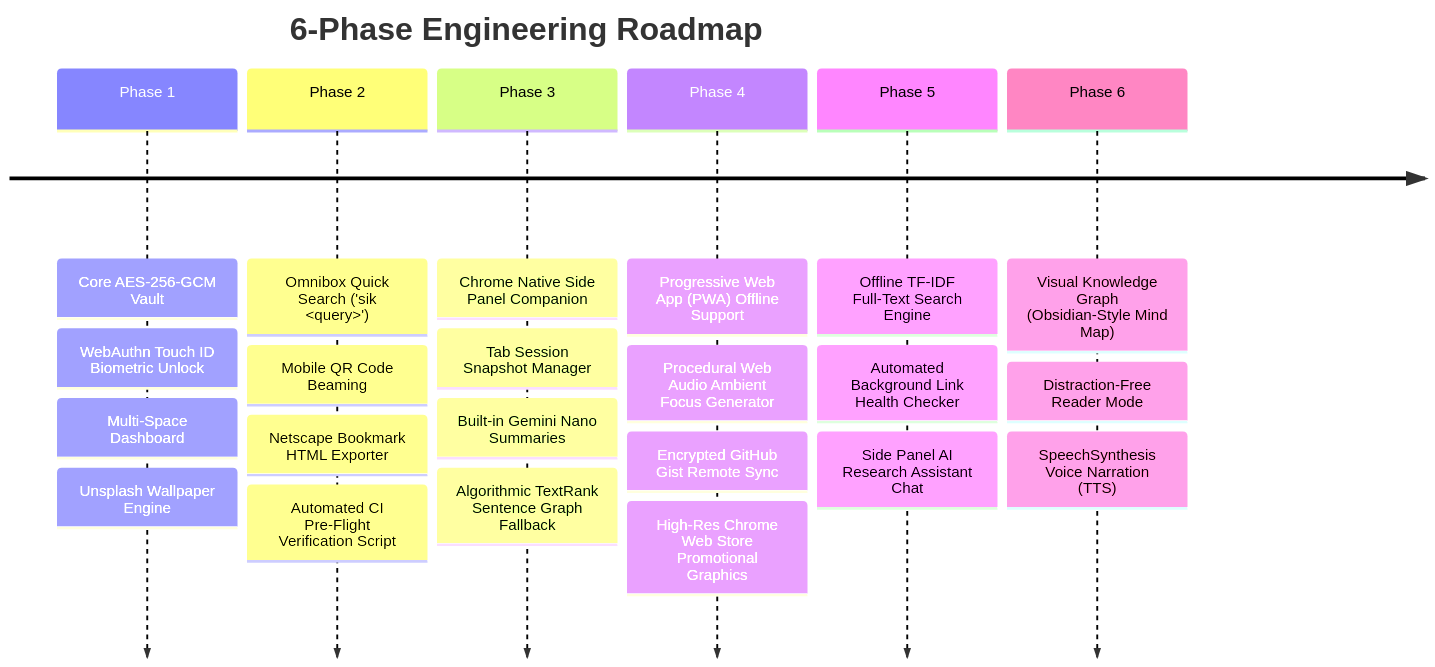
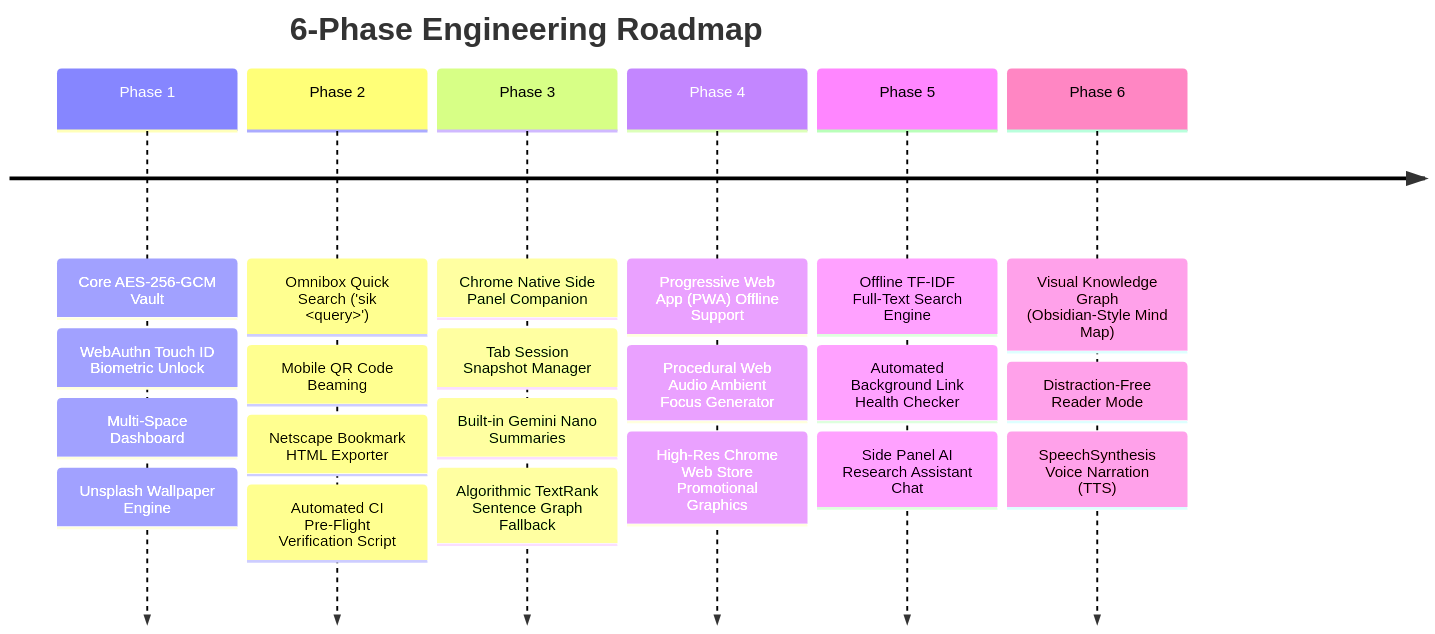
One commit to njrankitsam11-gif/SikPoket changed the third of 3 diagrams in SIKPOKET_COMPLETE_BLUEPRINT.md. Above: the diagram before and after it, drawn with Mermaid. The commit also changed other lines of this file and 17 other files, not shown here.

````diff
--- a/SIKPOKET_COMPLETE_BLUEPRINT.md
+++ b/SIKPOKET_COMPLETE_BLUEPRINT.md
@@ -198,26 +191,25 @@
 ```mermaid
 timeline
     title 6-Phase Engineering Roadmap
     Phase 1 : Core AES-256-GCM Vault
             : WebAuthn Touch ID Biometric Unlock
             : Multi-Space Dashboard
             : Unsplash Wallpaper Engine
     Phase 2 : Omnibox Quick Search ('sik <query>')
             : Mobile QR Code Beaming
             : Netscape Bookmark HTML Exporter
             : Automated CI Pre-Flight Verification Script
     Phase 3 : Chrome Native Side Panel Companion
             : Tab Session Snapshot Manager
             : Built-in Gemini Nano Summaries
             : Algorithmic TextRank Sentence Graph Fallback
     Phase 4 : Progressive Web App (PWA) Offline Support
             : Procedural Web Audio Ambient Focus Generator
-            : Encrypted GitHub Gist Remote Sync
             : High-Res Chrome Web Store Promotional Graphics
     Phase 5 : Offline TF-IDF Full-Text Search Engine
             : Automated Background Link Health Checker
             : Side Panel AI Research Assistant Chat
     Phase 6 : Visual Knowledge Graph (Obsidian-Style Mind Map)
             : Distraction-Free Reader Mode
             : SpeechSynthesis Voice Narration (TTS)
 ```
````
